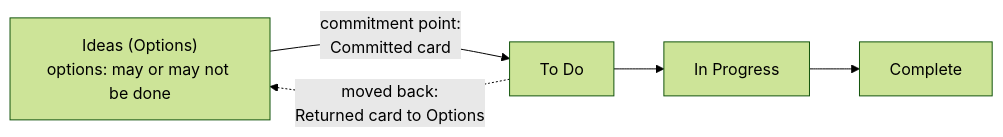
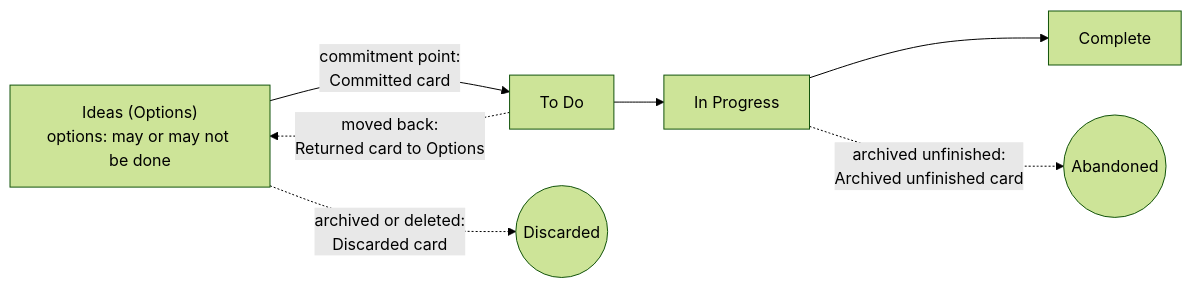
The ninth of 9 diagrams in docs/feature-overview.md (gitBoon/DumpFire), drawn with Mermaid (forest theme) before and after one commit. The commit also changed other lines of this file and 36 other files, not shown here.

````diff
--- a/docs/feature-overview.md
+++ b/docs/feature-overview.md
@@ -417,5 +419,7 @@
 ```mermaid
 flowchart LR
     Ideas["Ideas (Options)<br/>options: may or may not be done"] -->|"commitment point:<br/>Committed card"| ToDo["To Do"] --> Doing["In Progress"] --> Done["Complete"]
     ToDo -.->|"moved back:<br/>Returned card to Options"| Ideas
+    Ideas -.->|"archived or deleted:<br/>Discarded card"| Gone(("Discarded"))
+    Doing -.->|"archived unfinished:<br/>Archived unfinished card"| Dropped(("Abandoned"))
 ```
````
